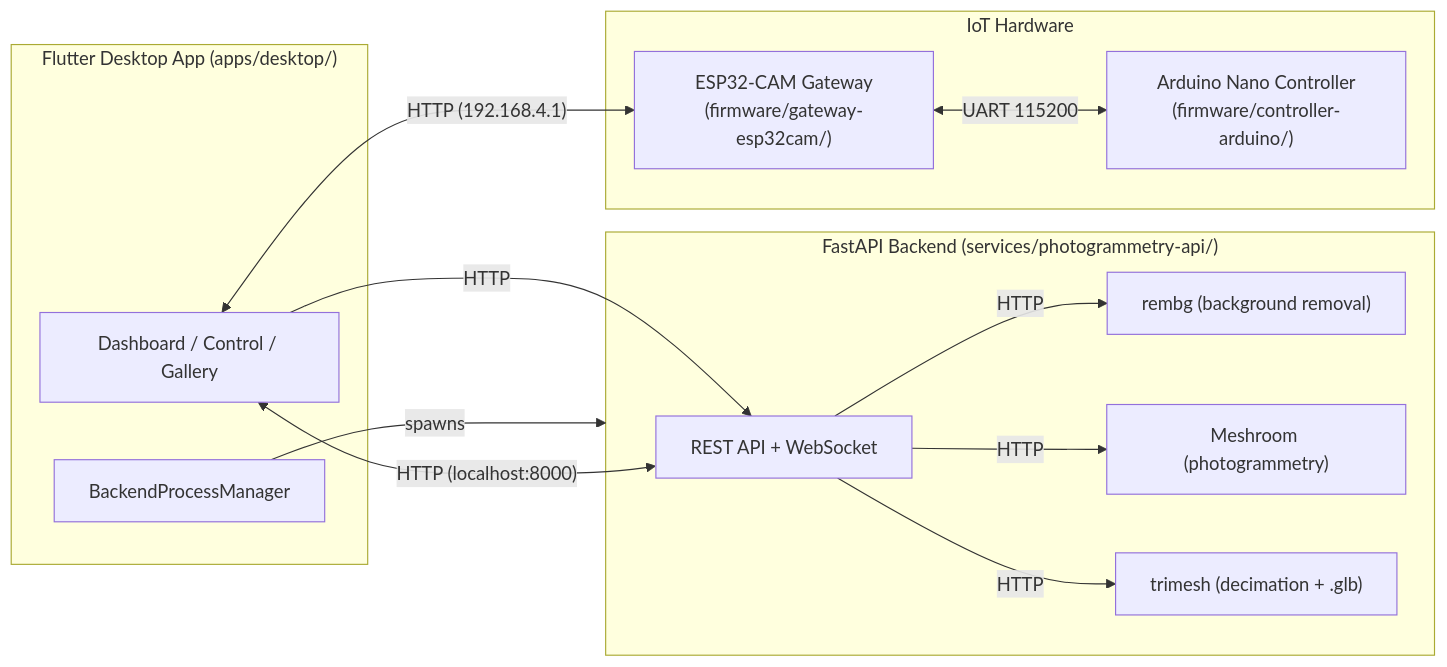
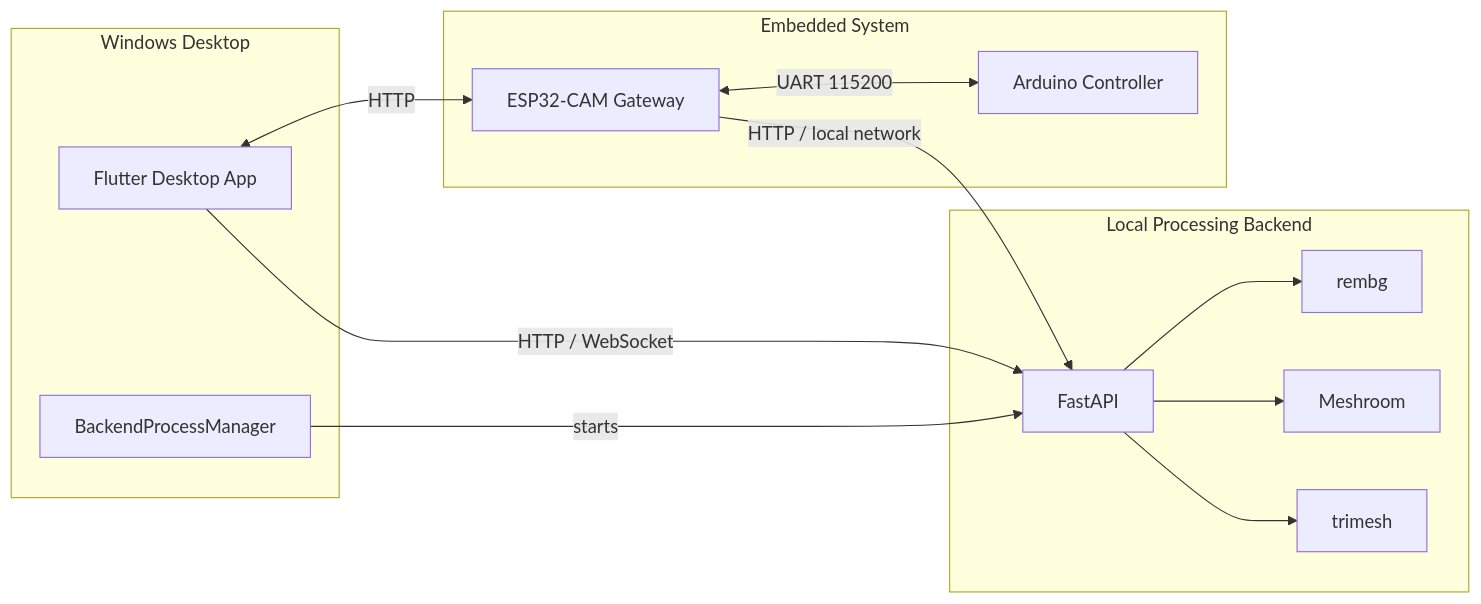
The diagram in README.md (msahhf/antareslab), drawn with Mermaid before and after one commit. The commit also changed other lines of this file and 13 other files, not shown here.

````diff
--- a/README.md
+++ b/README.md
@@ -17,28 +27,29 @@
 ```mermaid
 flowchart LR
-    subgraph Desktop["Flutter Desktop App (apps/desktop/)"]
-        UI["Dashboard / Control / Gallery"]
+    subgraph Desktop["Windows Desktop"]
+        UI["Flutter Desktop App"]
         BPM["BackendProcessManager"]
     end
 
-    subgraph Backend["FastAPI Backend (services/photogrammetry-api/)"]
-        API["REST API + WebSocket"]
-        REMBG["rembg (background removal)"]
-        MESH["Meshroom (photogrammetry)"]
-        TRI["trimesh (decimation + .glb)"]
+    subgraph Backend["Local Processing Backend"]
+        API["FastAPI"]
+        REMBG["rembg"]
+        MESH["Meshroom"]
+        TRI["trimesh"]
     end
 
-    subgraph Hardware["IoT Hardware"]
-        ESP["ESP32-CAM Gateway\n(firmware/gateway-esp32cam/)"]
-        ARD["Arduino Nano Controller\n(firmware/controller-arduino/)"]
+    subgraph Hardware["Embedded System"]
+        ESP["ESP32-CAM Gateway"]
+        ARD["Arduino Controller"]
     end
 
-    UI -->|HTTP| API
-    BPM -->|spawns| Backend
-    API -->|HTTP| REMBG
-    API -->|HTTP| MESH
-    API -->|HTTP| TRI
-    ESP <--UART 115200--> ARD
-    UI <--HTTP (192.168.4.1)--> ESP
-    API <--HTTP (localhost:8000)--> UI
+    UI -->|HTTP / WebSocket| API
+    BPM -->|starts| API
+    API --> REMBG
+    API --> MESH
+    API --> TRI
+
+    UI <-->|HTTP| ESP
+    ESP <-->|UART 115200| ARD
+    ESP -->|HTTP / local network| API
 ```
````
